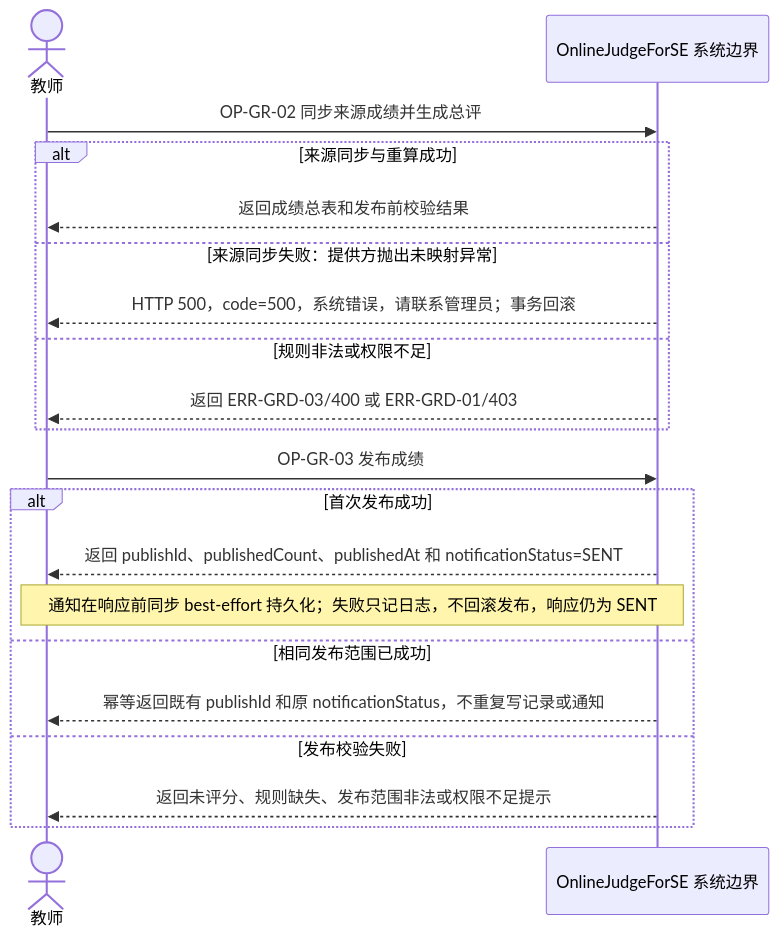
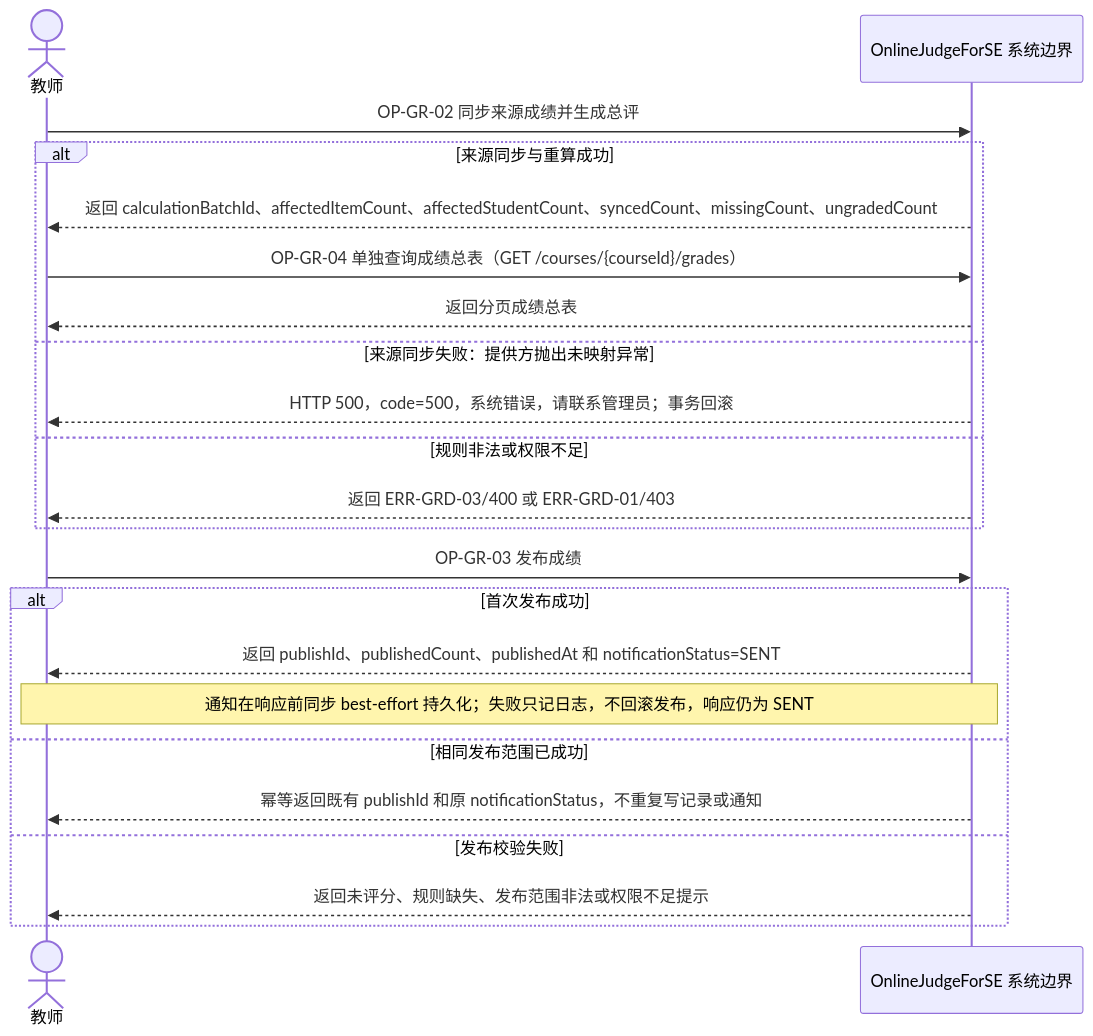
The diagram in docs/diagrams/srs/fig_4_15_grade_flow_ssd.mmd (Cr4zyorange/OnlineJudge), drawn with Mermaid before and after one commit. The commit also changed 11 other files, not shown here.

```diff
--- a/docs/diagrams/srs/fig_4_15_grade_flow_ssd.mmd
+++ b/docs/diagrams/srs/fig_4_15_grade_flow_ssd.mmd
@@ -1,20 +1,22 @@
 sequenceDiagram
   actor Teacher as 教师
   participant System as OnlineJudgeForSE 系统边界
   Teacher->>System: OP-GR-02 同步来源成绩并生成总评
   alt 来源同步与重算成功
-    System-->>Teacher: 返回成绩总表和发布前校验结果
+    System-->>Teacher: 返回 calculationBatchId、affectedItemCount、affectedStudentCount、syncedCount、missingCount、ungradedCount
+    Teacher->>System: OP-GR-04 单独查询成绩总表（GET /courses/{courseId}/grades）
+    System-->>Teacher: 返回分页成绩总表
   else 来源同步失败：提供方抛出未映射异常
     System-->>Teacher: HTTP 500，code=500，系统错误，请联系管理员；事务回滚
   else 规则非法或权限不足
     System-->>Teacher: 返回 ERR-GRD-03/400 或 ERR-GRD-01/403
   end
   Teacher->>System: OP-GR-03 发布成绩
   alt 首次发布成功
     System-->>Teacher: 返回 publishId、publishedCount、publishedAt 和 notificationStatus=SENT
     Note over Teacher,System: 通知在响应前同步 best-effort 持久化；失败只记日志，不回滚发布，响应仍为 SENT
   else 相同发布范围已成功
     System-->>Teacher: 幂等返回既有 publishId 和原 notificationStatus，不重复写记录或通知
   else 发布校验失败
     System-->>Teacher: 返回未评分、规则缺失、发布范围非法或权限不足提示
   end
```
